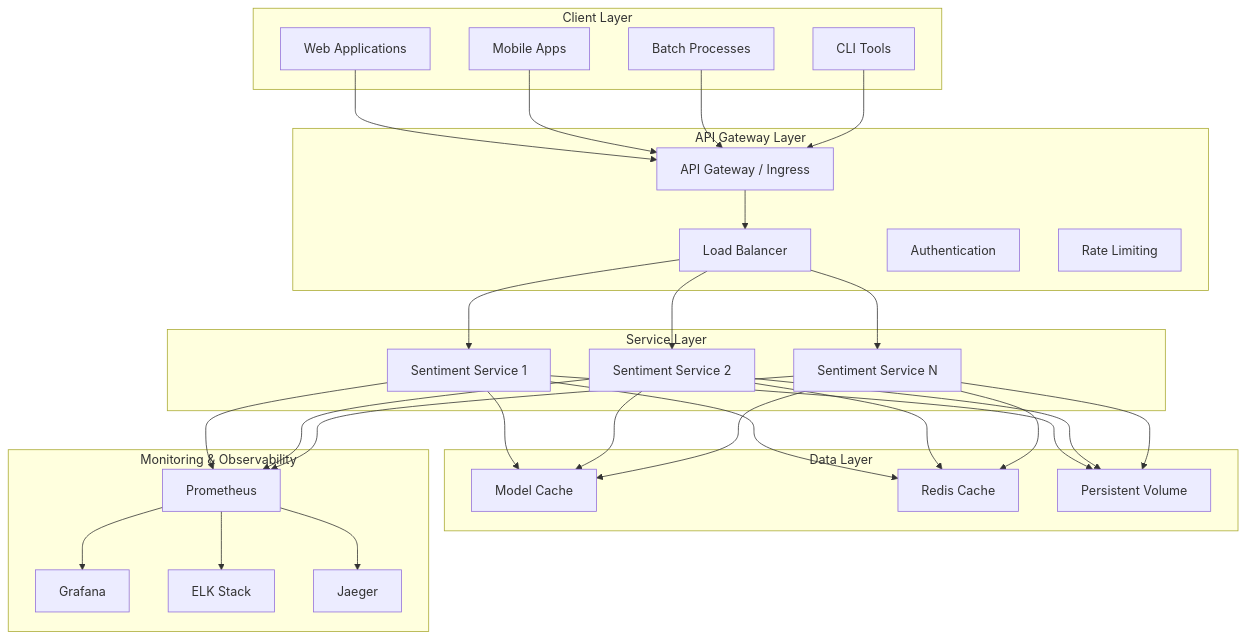
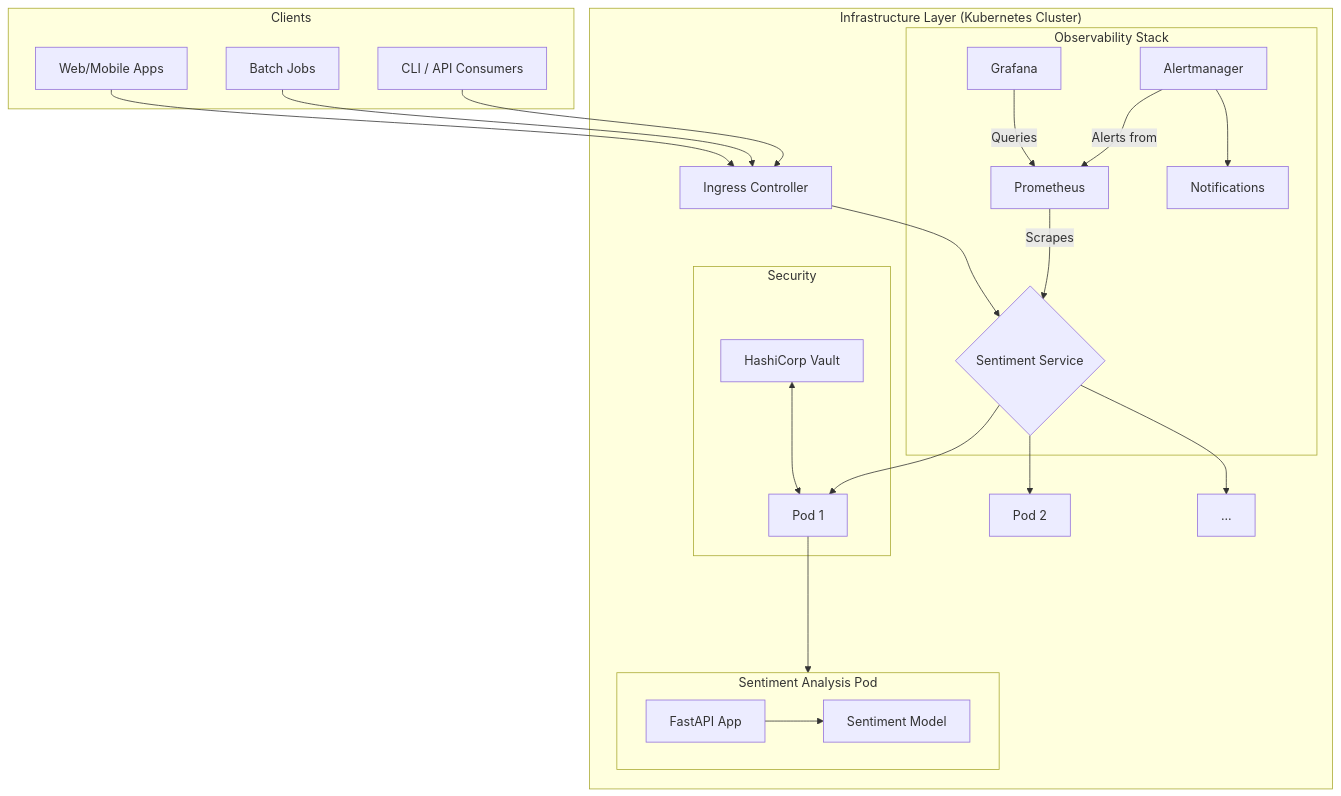
The diagram in docs/architecture.md (arec1b0/KubeSentiment), drawn with Mermaid before and after one commit. The commit also changed other lines of this file and 19 other files, not shown here.

````diff
--- a/docs/architecture.md
+++ b/docs/architecture.md
@@ -17,59 +20,41 @@
 ```mermaid
 graph TD
-    subgraph "Client Layer"
-        A[Web Applications]
-        B[Mobile Apps]
-        C[Batch Processes]
-        D[CLI Tools]
+    subgraph "Clients"
+        A[Web/Mobile Apps]
+        B[Batch Jobs]
+        C[CLI / API Consumers]
     end
 
-    subgraph "API Gateway Layer"
-        E[API Gateway / Ingress]
-        F[Load Balancer]
-        G[Authentication]
-        H[Rate Limiting]
+    subgraph "Infrastructure Layer (Kubernetes Cluster)"
+        D[Ingress Controller] --> E{Sentiment Service};
+        E --> F[Pod 1];
+        E --> G[Pod 2];
+        E --> H[...];
+
+        subgraph "Sentiment Analysis Pod"
+            direction LR
+            I[FastAPI App] --> J[Sentiment Model];
+        end
+
+        F ----> I;
+
+        subgraph "Observability Stack"
+            K[Prometheus] -- Scrapes --> E;
+            L[Grafana] -- Queries --> K;
+            M[Alertmanager] -- Alerts from --> K;
+            M --> N[Notifications];
+        end
+
+        subgraph "Security"
+            O[HashiCorp Vault] <--> F;
+        end
     end
 
-    subgraph "Service Layer"
-        I[Sentiment Service 1]
-        J[Sentiment Service 2]
-        K[Sentiment Service N]
-    end
+    A --> D;
+    B --> D;
+    C --> D;
 
-    subgraph "Data Layer"
-        L[Model Cache]
-        M[Redis Cache]
-        N[Persistent Volume]
-    end
-
-    subgraph "Monitoring & Observability"
-        O[Prometheus]
-        P[Grafana]
-        Q[ELK Stack]
-        R[Jaeger]
-    end
-
-    A --> E
-    B --> E
-    C --> E
-    D --> E
-    E --> F
-    F --> I
-    F --> J
-    F --> K
-    I --> L
-    J --> L
-    K --> L
-    I --> M
-    J --> M
-    K --> M
-    I --> N
-    J --> N
-    K --> N
-    I --> O
-    J --> O
-    K --> O
-    O --> P
-    O --> Q
-    O --> R
+    style F fill:#lightgreen
+    style G fill:#lightgreen
+    style H fill:#lightgreen
 ```
````
